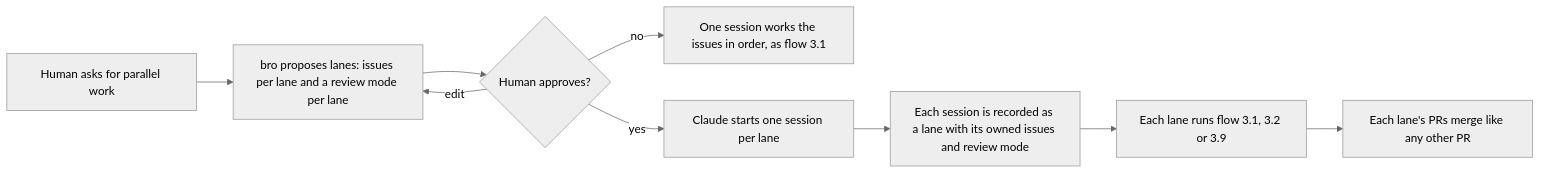
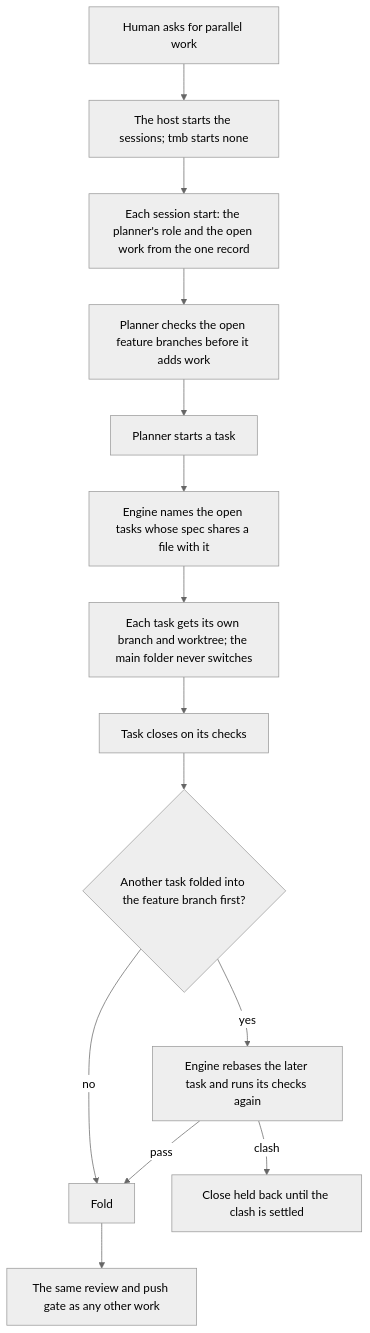
Before and after one commit to trustmybot/tmb: the diagram in docs/architecture/LANES.md, drawn with Mermaid (neutral theme). The commit also changed other lines of this file and 38 other files, not shown here.

````diff
--- a/docs/architecture/LANES.md
+++ b/docs/architecture/LANES.md
@@ -12,11 +7,16 @@
 ```mermaid
-flowchart LR
-    A[Human asks for parallel work] --> B[bro proposes lanes: issues per lane and a review mode per lane]
-    B --> C{Human approves?}
-    C -- edit --> B
-    C -- no --> N[One session works the issues in order, as flow 3.1]
-    C -- yes --> D[Claude starts one session per lane]
-    D --> E[Each session is recorded as a lane with its owned issues and review mode]
-    E --> F[Each lane runs flow 3.1, 3.2 or 3.9]
-    F --> G[Each lane's PRs merge like any other PR]
+flowchart TD
+    A[Human asks for parallel work] --> B[The host starts the sessions; tmb starts none]
+    B --> C["Each session start: the planner's role and the open work from the one record"]
+    C --> D[Planner checks the open feature branches before it adds work]
+    D --> E[Planner starts a task]
+    E --> F[Engine names the open tasks whose spec shares a file with it]
+    F --> G[Each task gets its own branch and worktree; the main folder never switches]
+    G --> H[Task closes on its checks]
+    H --> I{Another task folded into the feature branch first?}
+    I -- no --> J[Fold]
+    I -- yes --> K[Engine rebases the later task and runs its checks again]
+    K -- pass --> J
+    K -- clash --> L[Close held back until the clash is settled]
+    J --> M[The same review and push gate as any other work]
 ```
````
